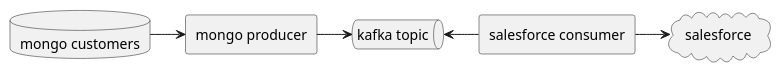
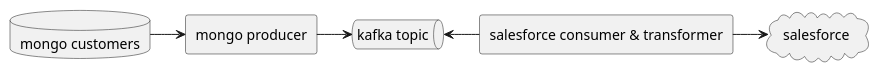
One commit to dspasojevic/plantuml-actions-test changed the diagram in current_state_diagram.md. Above: the diagram before and after it, drawn with PlantUML.

````diff
--- a/current_state_diagram.md
+++ b/current_state_diagram.md
@@ -1,14 +1,14 @@
 ```plantuml:current-component
 @startuml
 database "mongo customers" as mc
 rectangle "mongo producer" as mp
 queue "kafka topic" as topic
-rectangle "salesforce consumer" as sc
+rectangle "salesforce consumer & transformer" as sc
 cloud "salesforce" as sf
 
 mc -right-> mp
 mp -right-> topic
 sc -left-> topic
 sc -right-> sf
 @enduml
 ```
````
